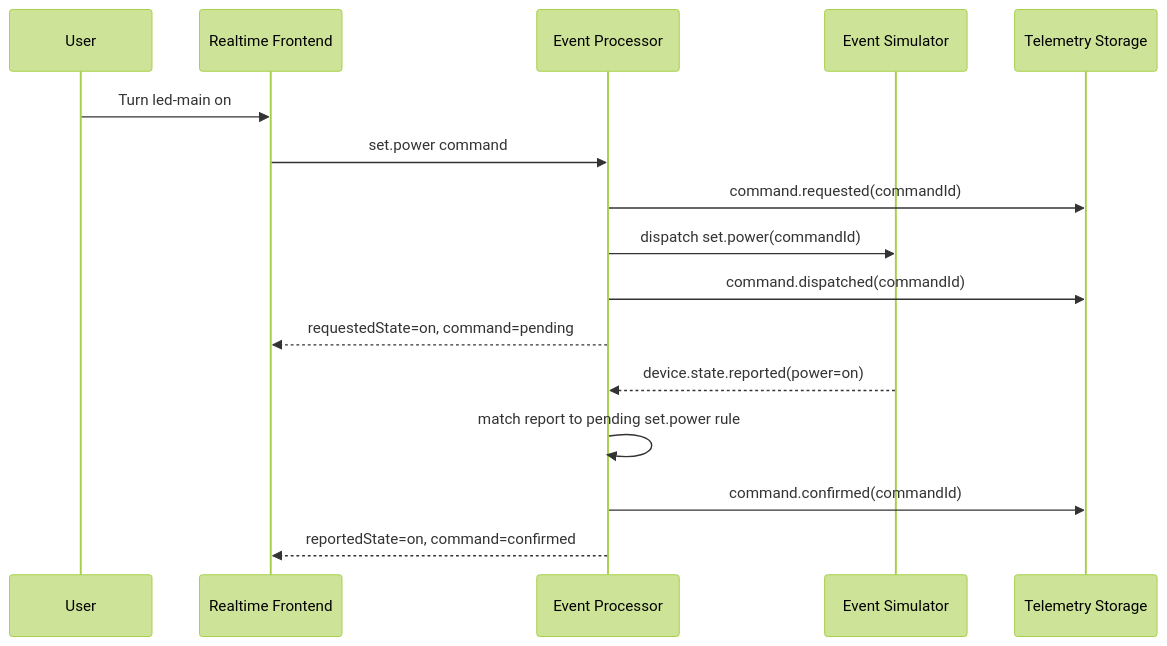
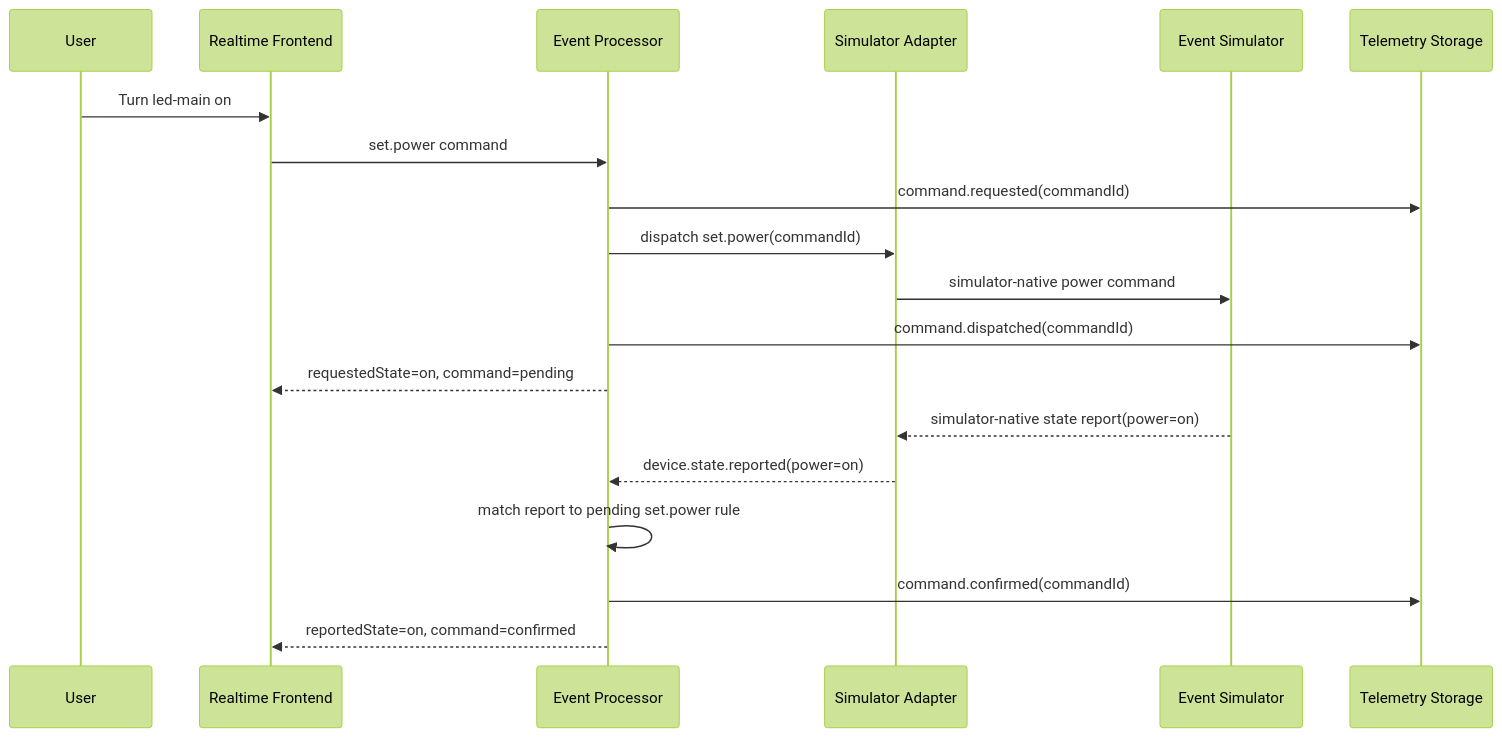
Before and after one commit to SzymonAntczak/smart-room-realtime-control-platform: the second of 8 diagrams in docs/architecture/examples.md, drawn with Mermaid (forest theme). The commit also changed other lines of this file and 9 other files, not shown here.

````diff
--- a/docs/architecture/examples.md
+++ b/docs/architecture/examples.md
@@ -30,20 +35,23 @@
 ```mermaid
 sequenceDiagram
     participant U as User
     participant UI as Realtime Frontend
     participant EP as Event Processor
+    participant SA as Simulator Adapter
     participant S as Event Simulator
     participant Store as Telemetry Storage
 
     U->>UI: Turn led-main on
     UI->>EP: set.power command
     EP->>Store: command.requested(commandId)
-    EP->>S: dispatch set.power(commandId)
+    EP->>SA: dispatch set.power(commandId)
+    SA->>S: simulator-native power command
     EP->>Store: command.dispatched(commandId)
     EP-->>UI: requestedState=on, command=pending
 
-    S-->>EP: device.state.reported(power=on)
+    S-->>SA: simulator-native state report(power=on)
+    SA-->>EP: device.state.reported(power=on)
     EP->>EP: match report to pending set.power rule
     EP->>Store: command.confirmed(commandId)
     EP-->>UI: reportedState=on, command=confirmed
 ```
````
